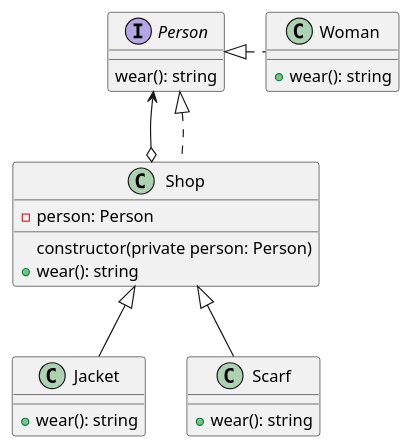
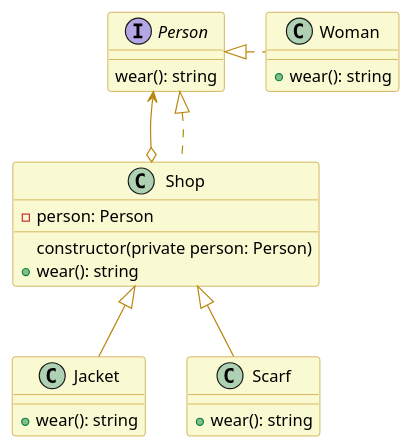
One commit to plkpiotr/design-patterns changed the diagram in src/app/structural/decorator/decorator.puml. Above: the diagram before and after it, drawn with PlantUML. The commit also changed 10 other files, not shown here.

```diff
--- a/src/app/structural/decorator/decorator.puml
+++ b/src/app/structural/decorator/decorator.puml
@@ -1,32 +1,38 @@
 @startuml
+
+skinparam class {
+  backgroundColor lightgoldenrodyellow
+  arrowColor darkgoldenrod
+  borderColor darkgoldenrod
+}
 
 interface Person {
   wear(): string
 }
 
 class Woman {
   + wear(): string
 }
 
 class Shop {
   - person: Person
   constructor(private person: Person)
   + wear(): string
 }
 
 class Jacket {
   + wear(): string
 }
 
 class Scarf {
   + wear(): string
 }
 
 Person <|. Woman
 Person <--o Shop
 Person <|.. Shop
 
 Shop <|-- Jacket
 Shop <|-- Scarf
 
 @enduml
```
